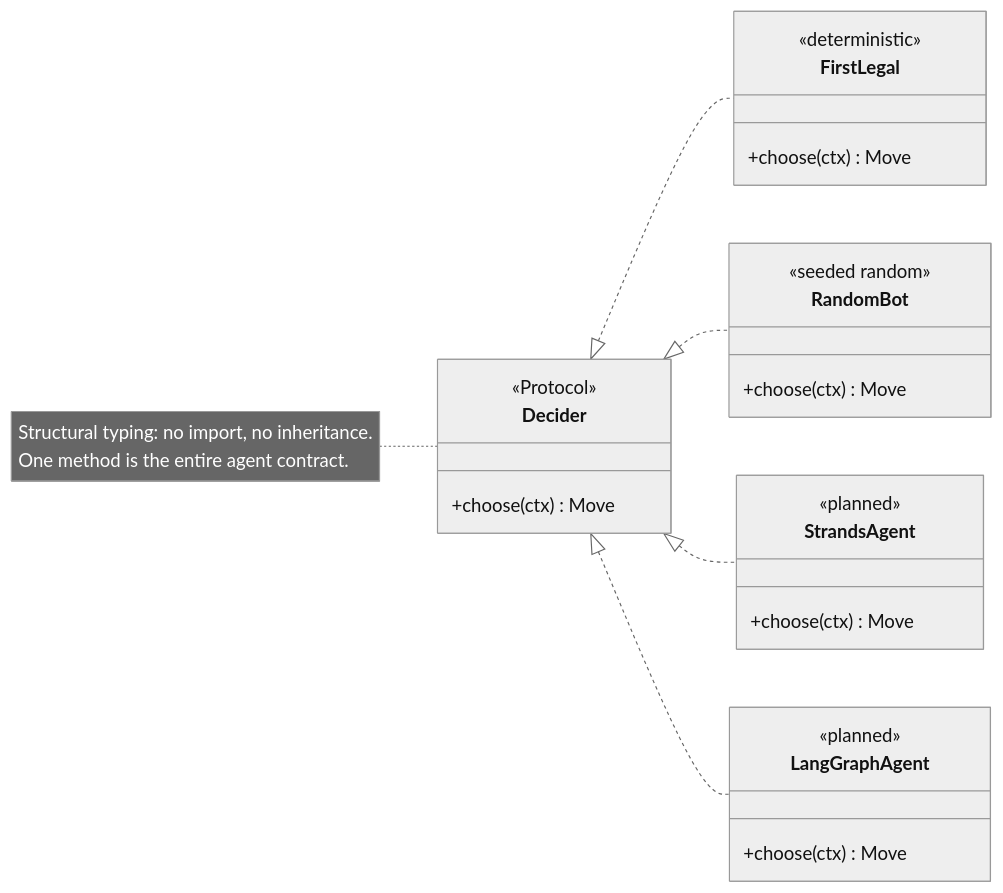
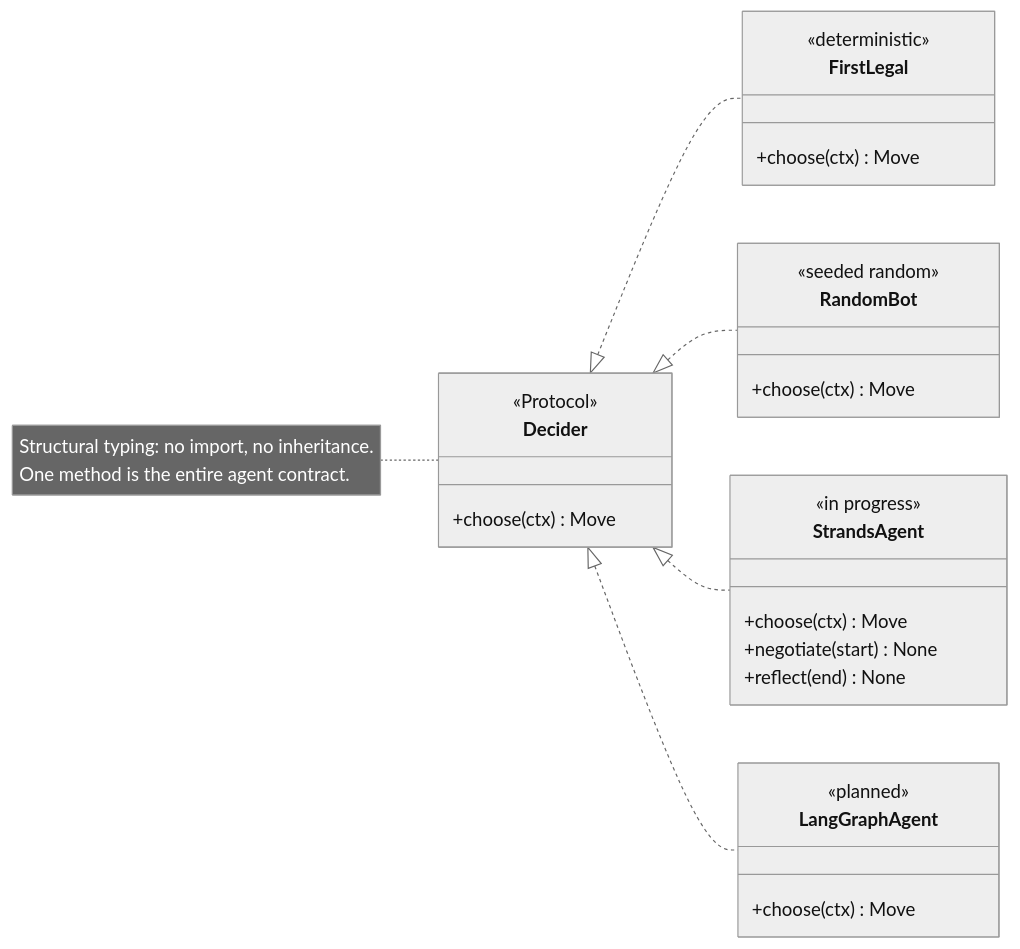
One commit to itamittech/llmeval changed the second of 14 diagrams in docs/projects/ludo/class-design.md. Above: the diagram before and after it, drawn with Mermaid (neutral theme). The commit also changed other lines of this file and 3 other files, not shown here.

````diff
--- a/docs/projects/ludo/class-design.md
+++ b/docs/projects/ludo/class-design.md
@@ -203,32 +203,34 @@
 ```mermaid
 classDiagram
     direction LR
 
     class Decider {
         <<Protocol>>
         +choose(ctx) Move
     }
     class FirstLegal {
         <<deterministic>>
         +choose(ctx) Move
     }
     class RandomBot {
         <<seeded random>>
         +choose(ctx) Move
     }
     class StrandsAgent {
-        <<planned>>
+        <<in progress>>
         +choose(ctx) Move
+        +negotiate(start) None
+        +reflect(end) None
     }
     class LangGraphAgent {
         <<planned>>
         +choose(ctx) Move
     }
 
     Decider <|.. FirstLegal
     Decider <|.. RandomBot
     Decider <|.. StrandsAgent
     Decider <|.. LangGraphAgent
 
     note for Decider "Structural typing: no import, no inheritance.<br/>One method is the entire agent contract."
 ```
````
